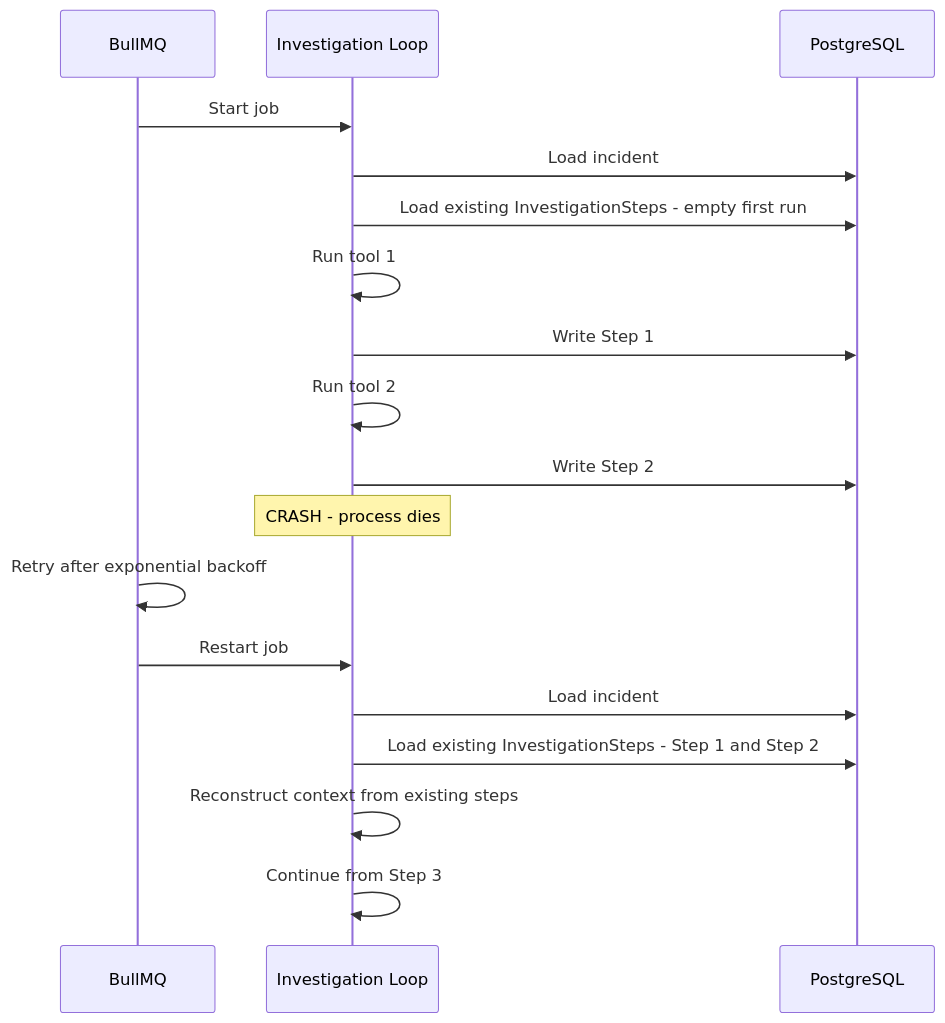
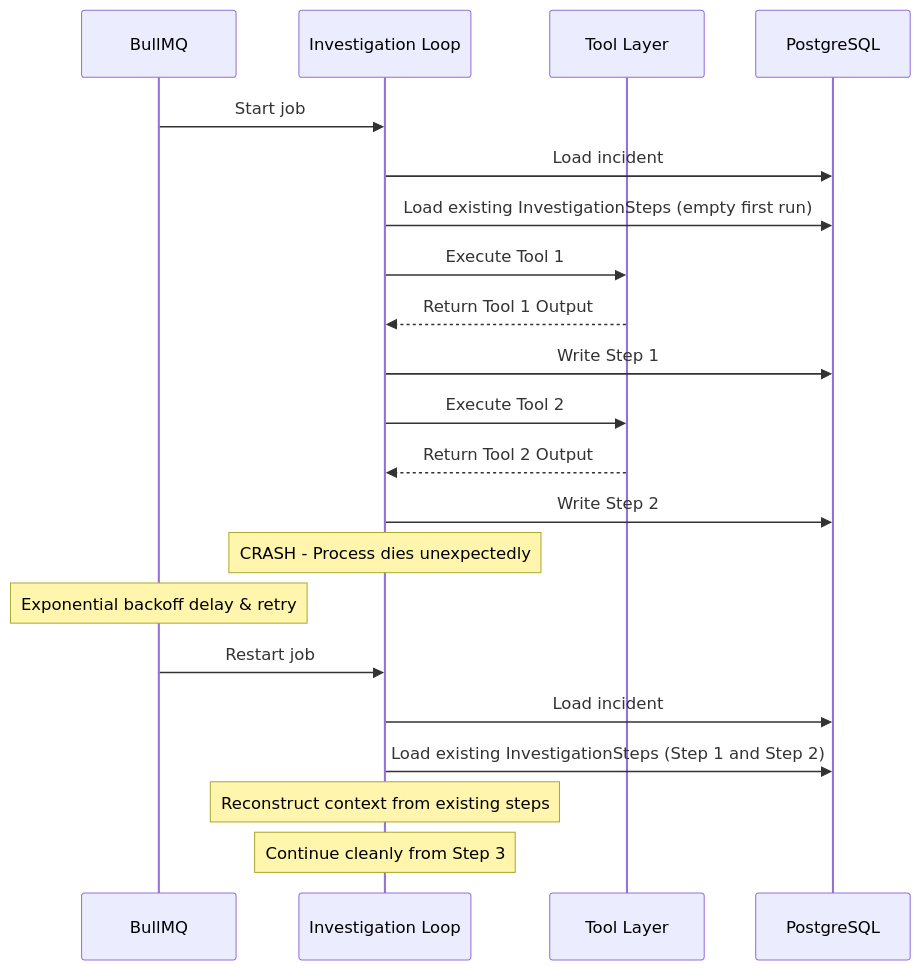
Before and after one commit to SoloDevAbu/OperonAI: the tenth of 11 diagrams in README.md, drawn with Mermaid. The commit also changed other lines of this file, not shown here.

Commit message:
fix(docs): resolve github mermaid curve calculation errors in LLD diagrams

````diff
--- a/README.md
+++ b/README.md
@@ -627,22 +576,25 @@
 ```mermaid
 sequenceDiagram
     participant Q as BullMQ
     participant IL as Investigation Loop
+    participant TL as Tool Layer
     participant DB as PostgreSQL
 
     Q->>IL: Start job
     IL->>DB: Load incident
-    IL->>DB: Load existing InvestigationSteps - empty first run
-    IL->>IL: Run tool 1
+    IL->>DB: Load existing InvestigationSteps (empty first run)
+    IL->>TL: Execute Tool 1
+    TL-->>IL: Return Tool 1 Output
     IL->>DB: Write Step 1
-    IL->>IL: Run tool 2
+    IL->>TL: Execute Tool 2
+    TL-->>IL: Return Tool 2 Output
     IL->>DB: Write Step 2
-    note over IL: CRASH - process dies
+    Note over IL: CRASH - Process dies unexpectedly
 
-    Q->>Q: Retry after exponential backoff
+    Note over Q: Exponential backoff delay & retry
     Q->>IL: Restart job
     IL->>DB: Load incident
-    IL->>DB: Load existing InvestigationSteps - Step 1 and Step 2
-    IL->>IL: Reconstruct context from existing steps
-    IL->>IL: Continue from Step 3
+    IL->>DB: Load existing InvestigationSteps (Step 1 and Step 2)
+    Note over IL: Reconstruct context from existing steps
+    Note over IL: Continue cleanly from Step 3
 ```
````
